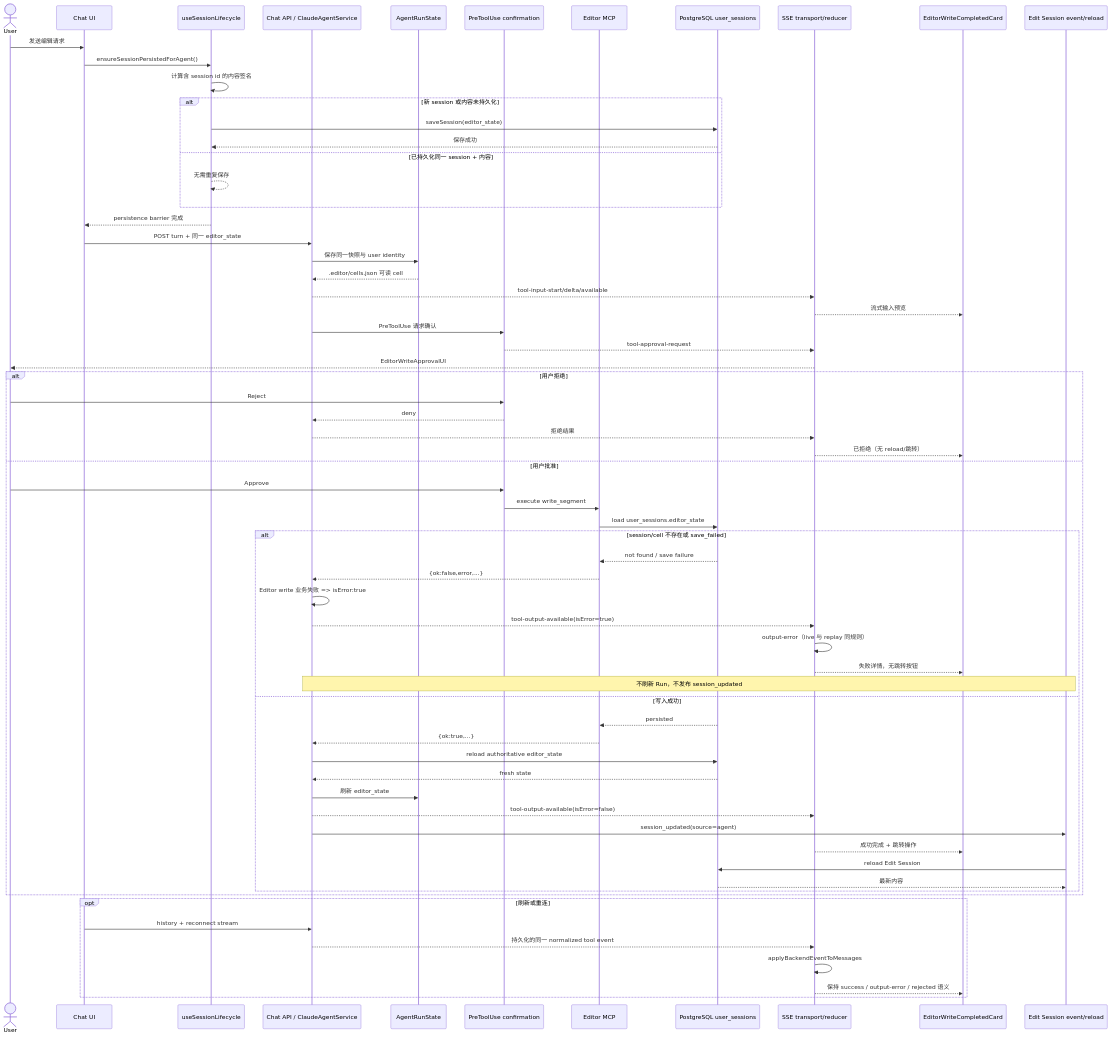
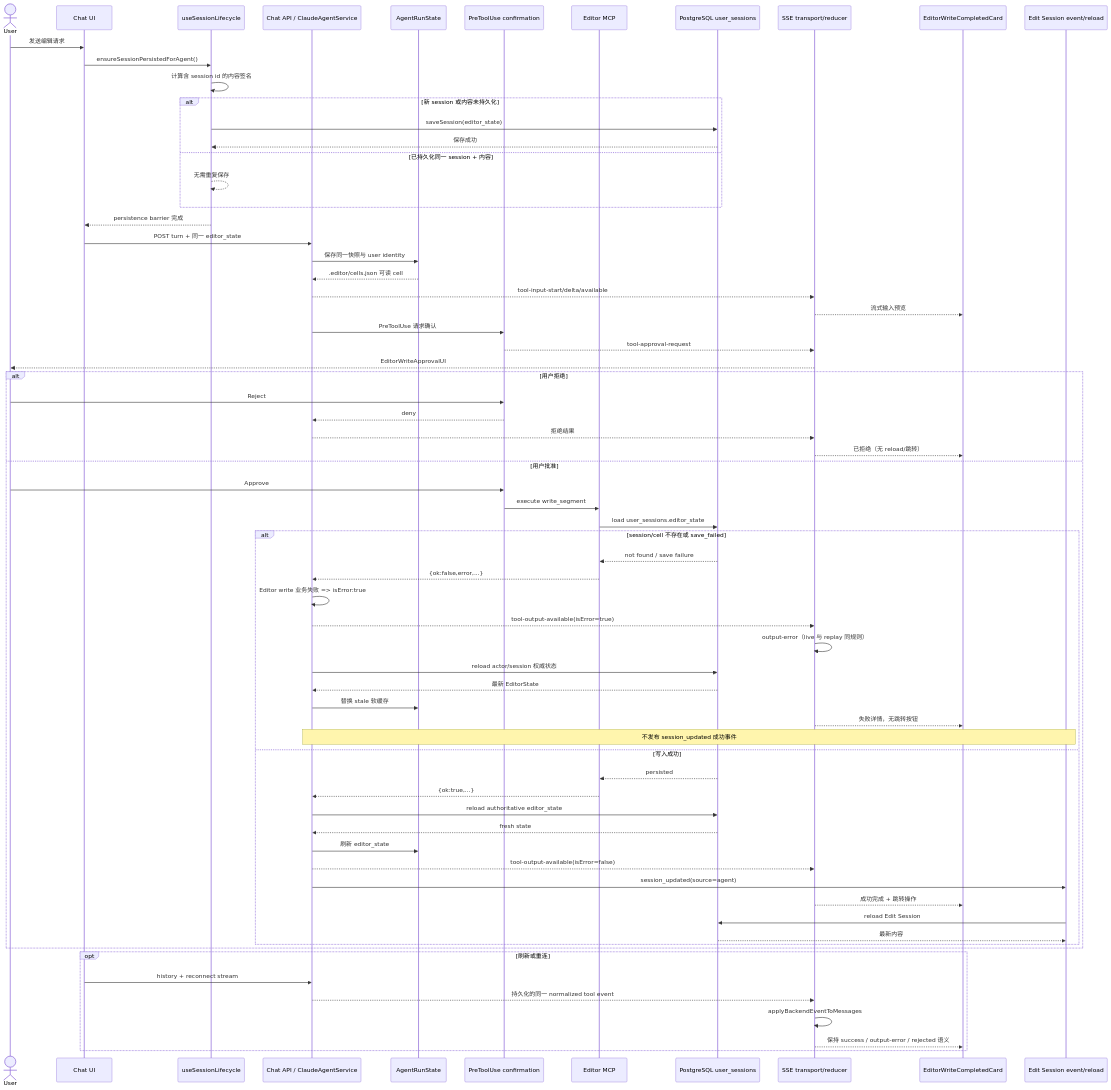
Before and after one commit to glide-the/im-dream: the third of 6 diagrams in docs/design/claude-agent/edit-point/editor-state-lifecycle.md, drawn with Mermaid. The commit also changed other lines of this file and 23 other files, not shown here.

Commit message:
fix(editor): recover stale session writes

````diff
--- a/docs/design/claude-agent/edit-point/editor-state-lifecycle.md
+++ b/docs/design/claude-agent/edit-point/editor-state-lifecycle.md
@@ -558,71 +566,74 @@
 ```mermaid
 sequenceDiagram
     actor User
     participant UI as Chat UI
     participant Life as useSessionLifecycle
     participant API as Chat API / ClaudeAgentService
     participant Run as AgentRunState
     participant Confirm as PreToolUse confirmation
     participant MCP as Editor MCP
     participant DB as PostgreSQL user_sessions
     participant SSE as SSE transport/reducer
     participant Card as EditorWriteCompletedCard
     participant Reload as Edit Session event/reload
 
     User->>UI: 发送编辑请求
     UI->>Life: ensureSessionPersistedForAgent()
     Life->>Life: 计算含 session id 的内容签名
     alt 新 session 或内容未持久化
         Life->>DB: saveSession(editor_state)
         DB-->>Life: 保存成功
     else 已持久化同一 session + 内容
         Life-->>Life: 无需重复保存
     end
     Life-->>UI: persistence barrier 完成
     UI->>API: POST turn + 同一 editor_state
     API->>Run: 保存同一快照与 user identity
     Run-->>API: .editor/cells.json 可读 cell
     API-->>SSE: tool-input-start/delta/available
     SSE-->>Card: 流式输入预览
     API->>Confirm: PreToolUse 请求确认
     Confirm-->>SSE: tool-approval-request
     SSE-->>User: EditorWriteApprovalUI
 
     alt 用户拒绝
         User->>Confirm: Reject
         Confirm-->>API: deny
         API-->>SSE: 拒绝结果
         SSE-->>Card: 已拒绝（无 reload/跳转）
     else 用户批准
         User->>Confirm: Approve
         Confirm->>MCP: execute write_segment
         MCP->>DB: load user_sessions.editor_state
         alt session/cell 不存在或 save_failed
             DB-->>MCP: not found / save failure
             MCP-->>API: {ok:false,error,...}
             API->>API: Editor write 业务失败 => isError:true
             API-->>SSE: tool-output-available(isError=true)
             SSE->>SSE: output-error（live 与 replay 同规则）
+            API->>DB: reload actor/session 权威状态
+            DB-->>API: 最新 EditorState
+            API->>Run: 替换 stale 软缓存
             SSE-->>Card: 失败详情，无跳转按钮
-            Note over API,Reload: 不刷新 Run，不发布 session_updated
+            Note over API,Reload: 不发布 session_updated 成功事件
         else 写入成功
             DB-->>MCP: persisted
             MCP-->>API: {ok:true,...}
             API->>DB: reload authoritative editor_state
             DB-->>API: fresh state
             API->>Run: 刷新 editor_state
             API-->>SSE: tool-output-available(isError=false)
             API->>Reload: session_updated(source=agent)
             SSE-->>Card: 成功完成 + 跳转操作
             Reload->>DB: reload Edit Session
             DB-->>Reload: 最新内容
         end
     end
 
     opt 刷新或重连
         UI->>API: history + reconnect stream
         API-->>SSE: 持久化的同一 normalized tool event
         SSE->>SSE: applyBackendEventToMessages
         SSE-->>Card: 保持 success / output-error / rejected 语义
     end
 ```
````
